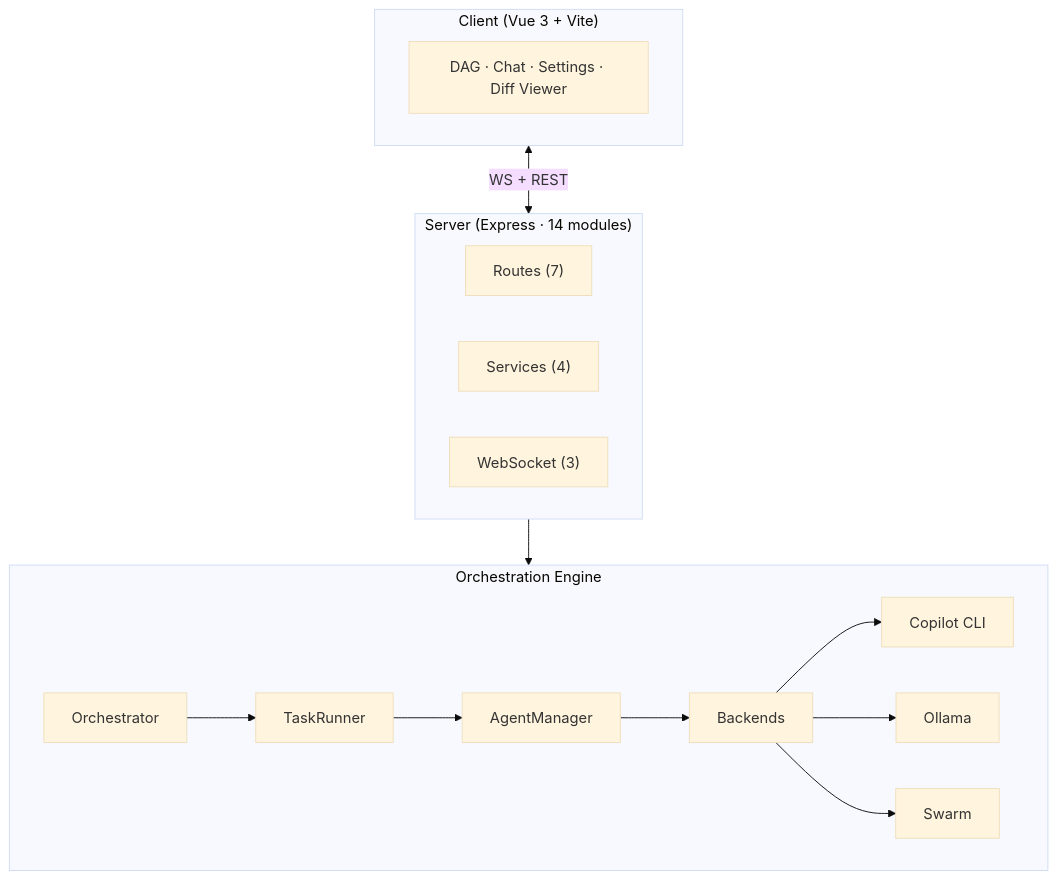
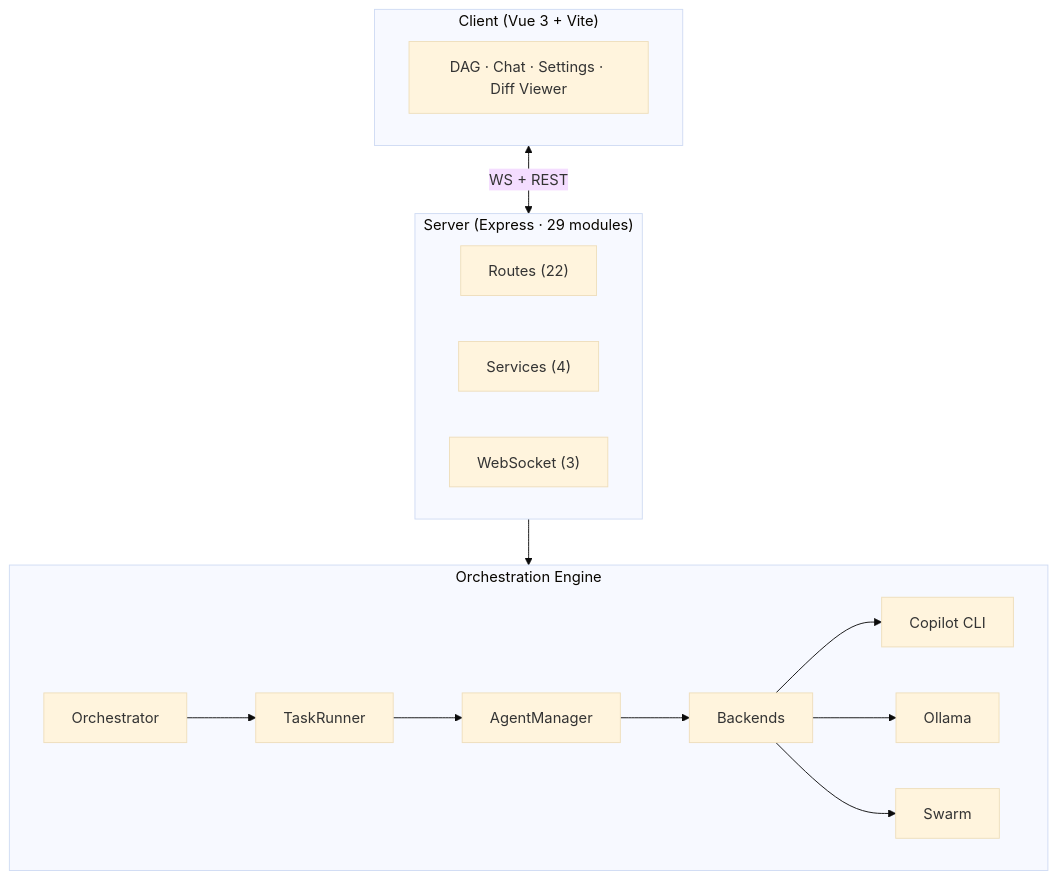
The third of 3 diagrams in README.md (MrUnreal/hAIvemind), drawn with Mermaid (base theme) before and after one commit. The commit also changed other lines of this file and 2 other files, not shown here.

Commit message:
docs: update README, project-structure, copilot-instructions for route split
- Architecture diagram: 14 → 29 server modules, Routes 7 → 22
- Server Module Map: list all 15 project domain route modules
- project-structure.md: full route module table with descriptions
- copilot-instructions.md: updated route count

````diff
--- a/README.md
+++ b/README.md
@@ -115,25 +115,25 @@
 ```mermaid
 graph TB
   subgraph Client["Client (Vue 3 + Vite)"]
     UI["DAG · Chat · Settings · Diff Viewer"]
   end
 
-  subgraph Server["Server (Express · 14 modules)"]
+  subgraph Server["Server (Express · 29 modules)"]
     direction LR
-    R["Routes (7)"]
+    R["Routes (22)"]
     S["Services (4)"]
     WS["WebSocket (3)"]
   end
 
   subgraph Engine["Orchestration Engine"]
     ORC["Orchestrator"] --> TK["TaskRunner"]
     TK --> AM["AgentManager"]
     AM --> BE["Backends"]
     BE --> CP["Copilot CLI"]
     BE --> OL["Ollama"]
     BE --> SW["Swarm"]
   end
 
   Client <-->|"WS + REST"| Server
   Server --> Engine
 ```
````
